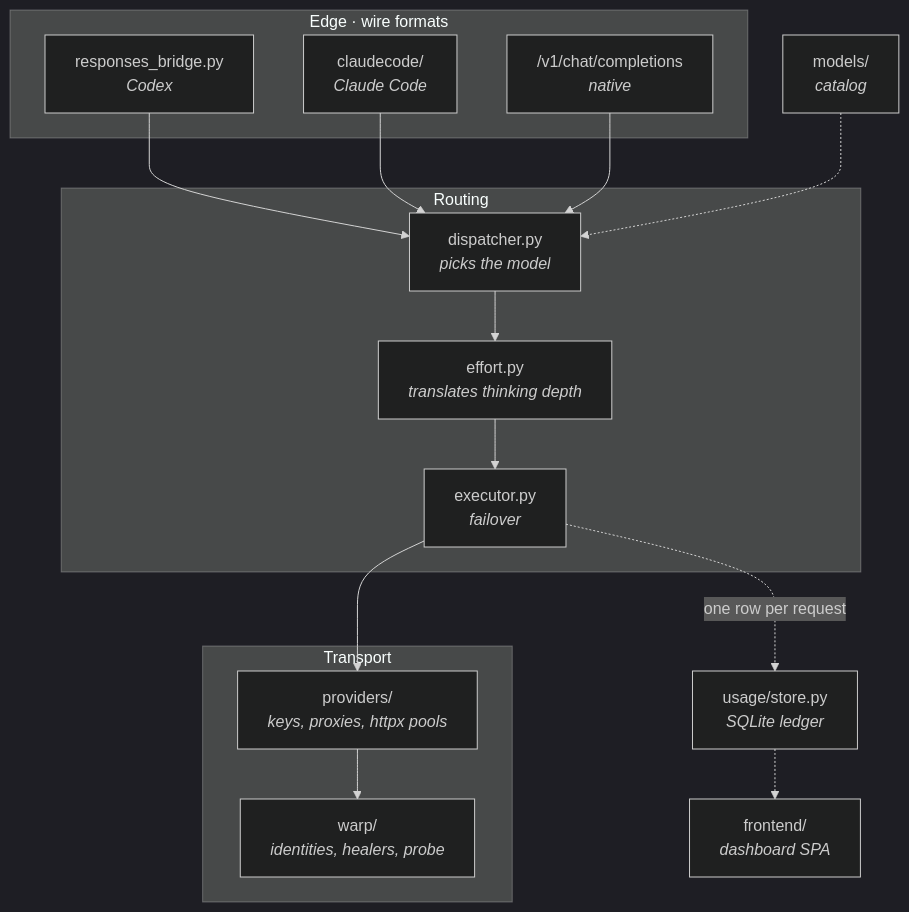
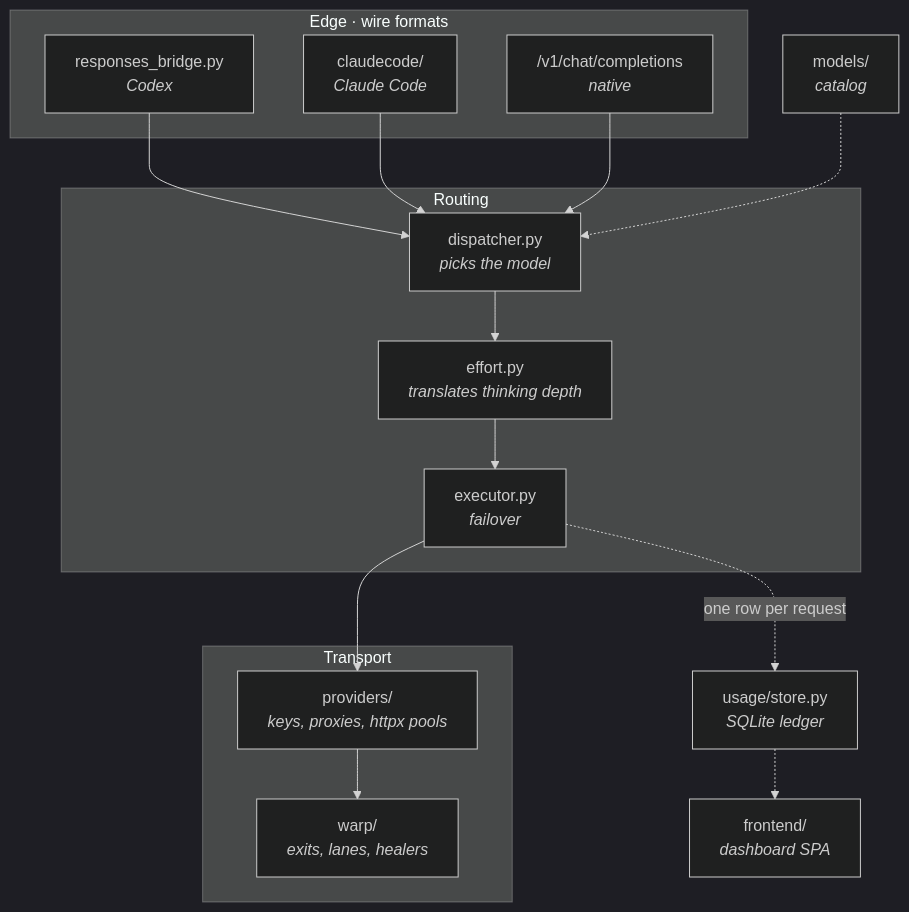
Before and after one commit to huranth/lingling: diagram 15 of 16 in README.md, drawn with Mermaid (dark theme). The commit also changed other lines of this file and 2 other files, not shown here.

````diff
--- a/README.md
+++ b/README.md
@@ -439,24 +492,24 @@
 ```mermaid
 flowchart TB
     subgraph edge["Edge · wire formats"]
         CB["responses_bridge.py<br/><i>Codex</i>"]
         AB["claudecode/<br/><i>Claude Code</i>"]
         OA["/v1/chat/completions<br/><i>native</i>"]
     end
     subgraph brain["Routing"]
         DI["dispatcher.py<br/><i>picks the model</i>"]
         EF["effort.py<br/><i>translates thinking depth</i>"]
         EX["executor.py<br/><i>failover</i>"]
     end
     subgraph out["Transport"]
         PR["providers/<br/><i>keys, proxies, httpx pools</i>"]
-        WA["warp/<br/><i>identities, healers, probe</i>"]
+        WA["warp/<br/><i>exits, lanes, healers</i>"]
     end
     CB --> DI
     AB --> DI
     OA --> DI
     DI --> EF --> EX --> PR --> WA
     MO["models/<br/><i>catalog</i>"] -.-> DI
     EX -.->|"one row per request"| US["usage/store.py<br/><i>SQLite ledger</i>"]
     US -.-> FE["frontend/<br/><i>dashboard SPA</i>"]
 ```
````
